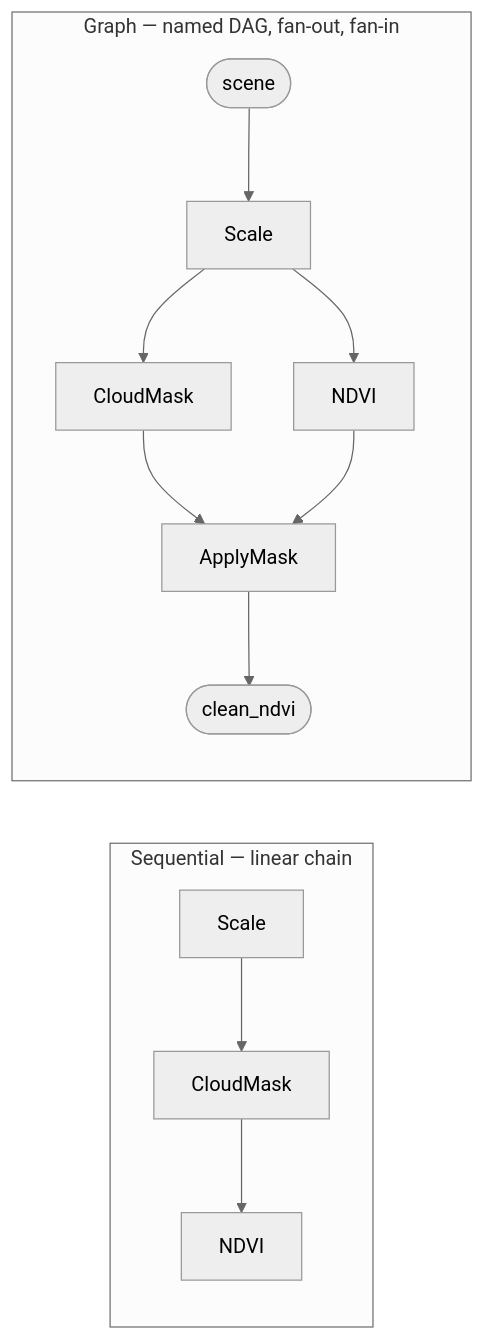
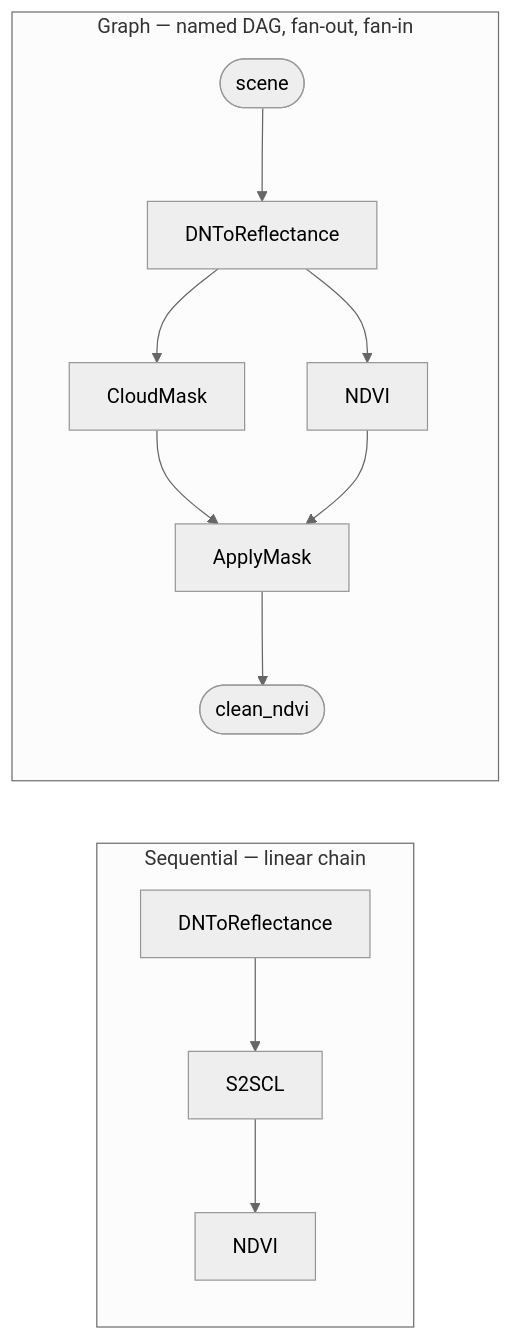
Before and after one commit to jejjohnson/geotoolz: the diagram in packages/geotoolz/README.md, drawn with Mermaid (neutral theme). The commit also changed other lines of this file and 53 other files, not shown here.

````diff
--- a/packages/geotoolz/README.md
+++ b/packages/geotoolz/README.md
@@ -12,14 +20,14 @@
 ```mermaid
 flowchart LR
     subgraph S["Sequential — linear chain"]
-        A[Scale] --> B[CloudMask] --> C[NDVI]
+        A[DNToReflectance] --> B[S2SCL] --> C[NDVI]
     end
     subgraph G["Graph — named DAG, fan-out, fan-in"]
-        I([scene]) --> S1[Scale]
+        I([scene]) --> S1[DNToReflectance]
         S1 --> M[CloudMask]
         S1 --> N[NDVI]
         M --> AP[ApplyMask]
         N --> AP
         AP --> O([clean_ndvi])
     end
 ```
````
